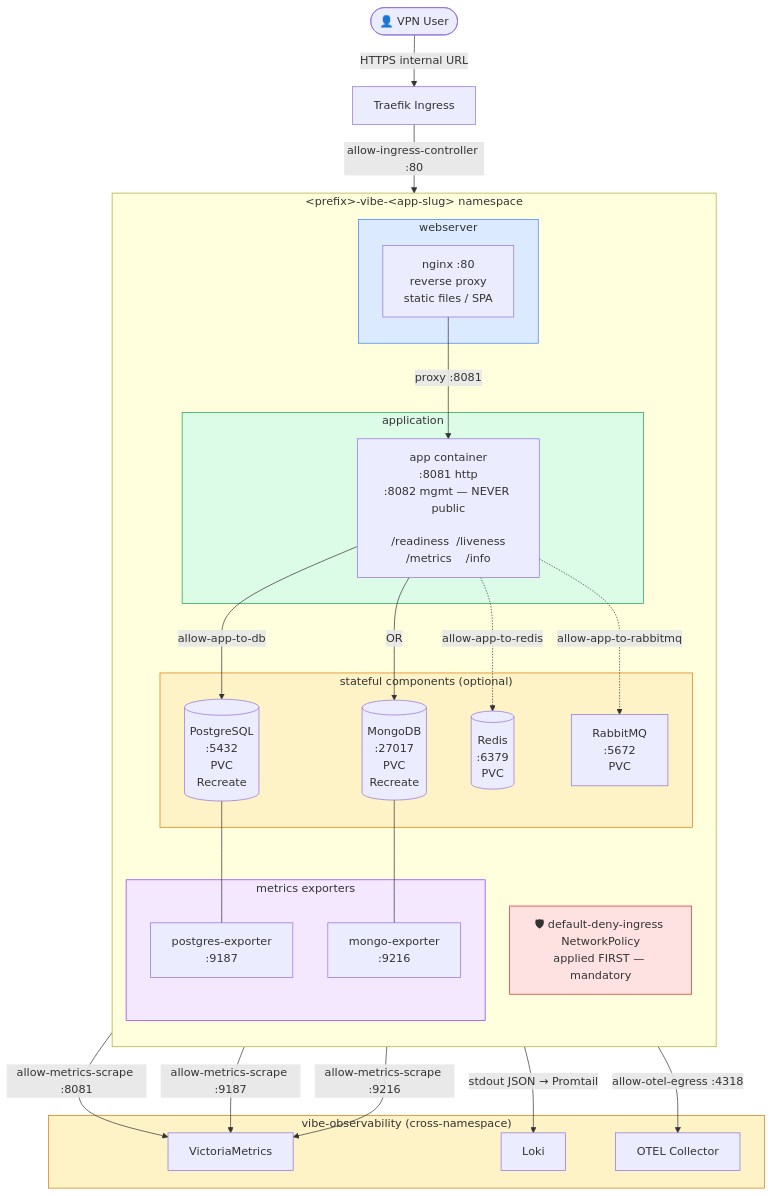
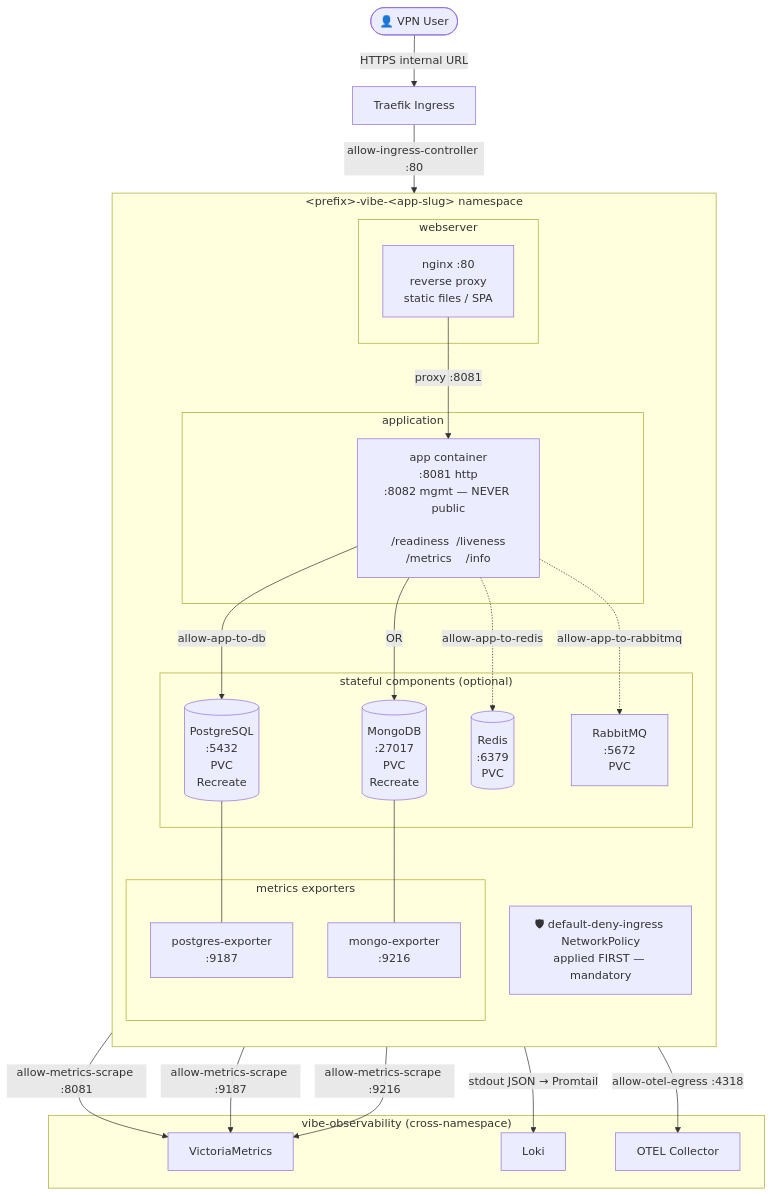
One commit to lorenzogirardi/website changed the third of 6 diagrams in content/posts/ai-agentic-development-changes-who-builds-software-and-thats-an-infrastructure-problem.md. Above: the diagram before and after it, drawn with Mermaid. The commit also changed other lines of this file, not shown here.

````diff
--- a/content/posts/ai-agentic-development-changes-who-builds-software-and-thats-an-infrastructure-problem.md
+++ b/content/posts/ai-agentic-development-changes-who-builds-software-and-thats-an-infrastructure-problem.md
@@ -430,60 +420,54 @@
 ```mermaid
 flowchart TB
     user(["👤 VPN User"])
     traefik["Traefik Ingress"]
 
     user -->|"HTTPS internal URL"| traefik
 
     subgraph ns["&lt;prefix&gt;-vibe-&lt;app-slug&gt; namespace"]
         direction TB
 
         deny["🛡 default-deny-ingress NetworkPolicy<br/>applied FIRST — mandatory"]
 
         subgraph web["webserver"]
             nginx["nginx :80<br/>reverse proxy<br/>static files / SPA"]
         end
 
         subgraph application["application"]
             app["app container<br/>:8081 http<br/>:8082 mgmt — NEVER public<br/><br/>/readiness  /liveness<br/>/metrics    /info"]
         end
 
         subgraph storage["stateful components (optional)"]
             postgres[("PostgreSQL<br/>:5432<br/>PVC<br/>Recreate")]
             mongo[("MongoDB<br/>:27017<br/>PVC<br/>Recreate")]
             redis[("Redis<br/>:6379<br/>PVC")]
             rmq["RabbitMQ<br/>:5672<br/>PVC"]
         end
 
         subgraph exporters["metrics exporters"]
             pgexp["postgres-exporter<br/>:9187"]
             mgexp["mongo-exporter<br/>:9216"]
         end
     end
 
     subgraph observability["vibe-observability (cross-namespace)"]
         vm["VictoriaMetrics"]
         loki["Loki"]
         otel["OTEL Collector"]
     end
 
     traefik -->|"allow-ingress-controller :80"| nginx
     nginx -->|"proxy :8081"| app
     app -->|"allow-app-to-db"| postgres
     app -->|"OR"| mongo
     app -.->|"allow-app-to-redis"| redis
     app -.->|"allow-app-to-rabbitmq"| rmq
     postgres --- pgexp
     mongo --- mgexp
     app -->|"allow-metrics-scrape :8081"| vm
     pgexp -->|"allow-metrics-scrape :9187"| vm
     mgexp -->|"allow-metrics-scrape :9216"| vm
     app -->|"stdout JSON → Promtail"| loki
     app -->|"allow-otel-egress :4318"| otel
 
-    style deny fill:#fee2e2,stroke:#dc2626
-    style web fill:#dbeafe,stroke:#3b82f6
-    style application fill:#dcfce7,stroke:#16a34a
-    style storage fill:#fef3c7,stroke:#d97706
-    style exporters fill:#f3e8ff,stroke:#9333ea
-    style observability fill:#fef3c7,stroke:#d97706
 ```
````
